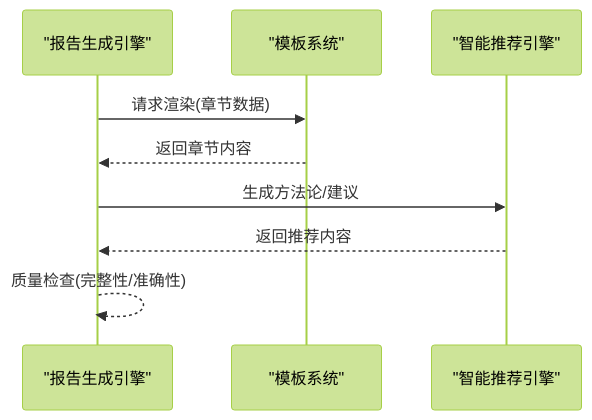
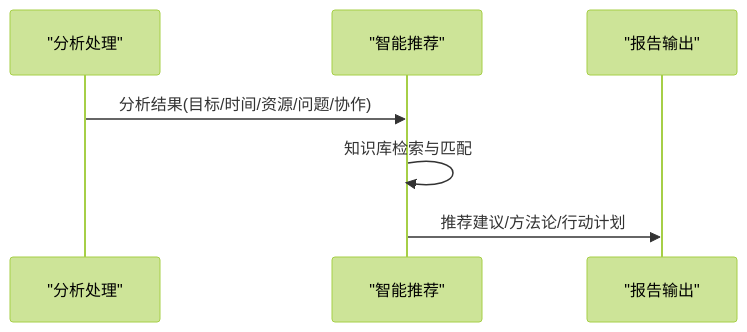
Before and after one commit to daoAgents/task-execution-summary: the sixth of 8 diagrams in .qoder/repowiki/zh/content/项目概述.md, drawn with Mermaid (forest theme). The commit also changed other lines of this file and 33 other files, not shown here.

````diff
--- a/.qoder/repowiki/zh/content/项目概述.md
+++ b/.qoder/repowiki/zh/content/项目概述.md
@@ -219,11 +207,9 @@
 ```mermaid
 sequenceDiagram
-participant Gen as "报告生成引擎"
-participant Tpl as "模板系统"
-participant Rec as "智能推荐引擎"
-Gen->>Tpl : 请求渲染(章节数据)
-Tpl-->>Gen : 返回章节内容
-Gen->>Rec : 生成方法论/建议
-Rec-->>Gen : 返回推荐内容
-Gen-->>Gen : 质量检查(完整性/准确性)
+participant ANA as "分析处理"
+participant REC as "智能推荐"
+participant OUT as "报告输出"
+ANA->>REC : 分析结果(目标/时间/资源/问题/协作)
+REC->>REC : 知识库检索与匹配
+REC->>OUT : 推荐建议/方法论/行动计划
 ```
````
